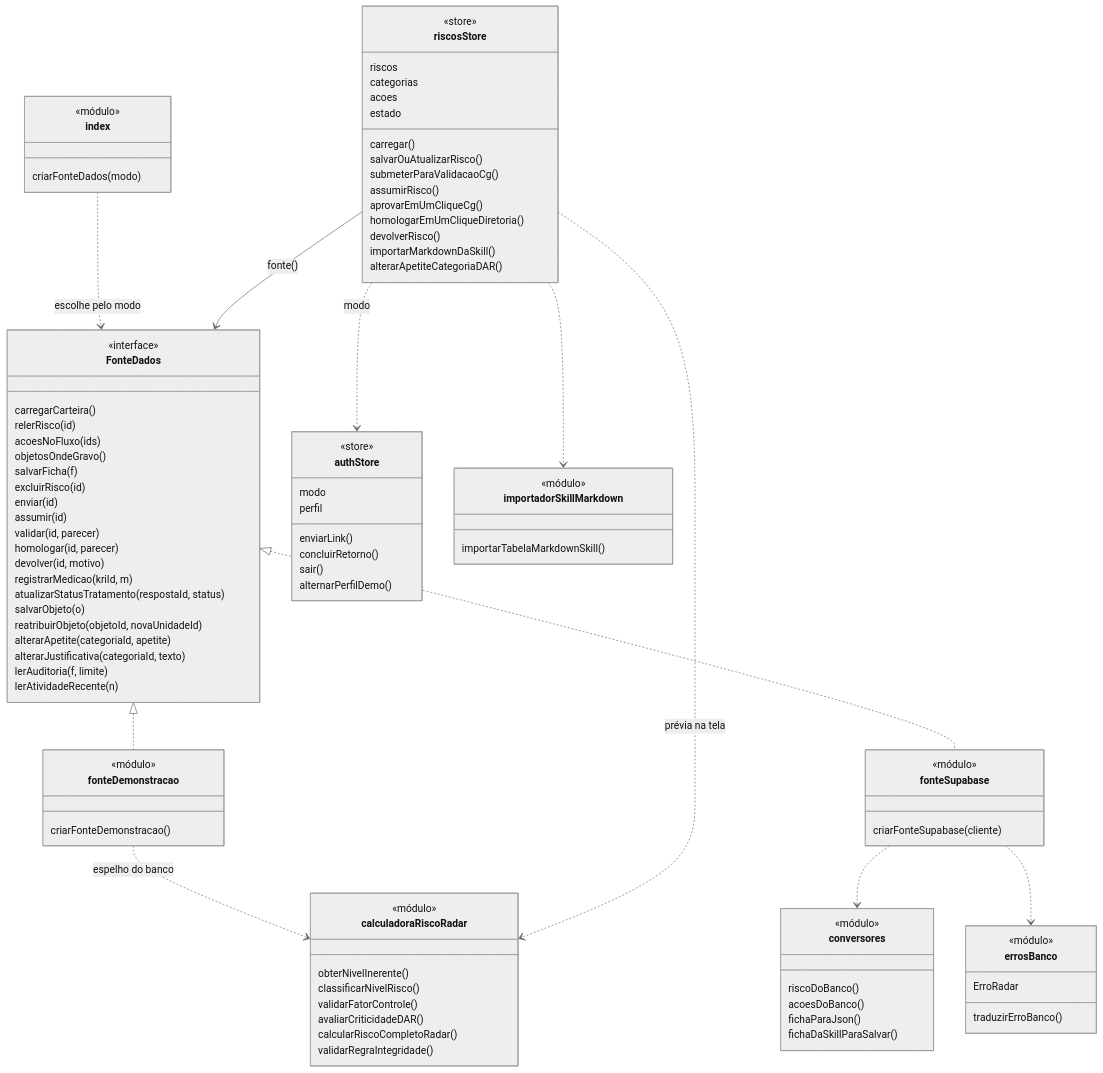
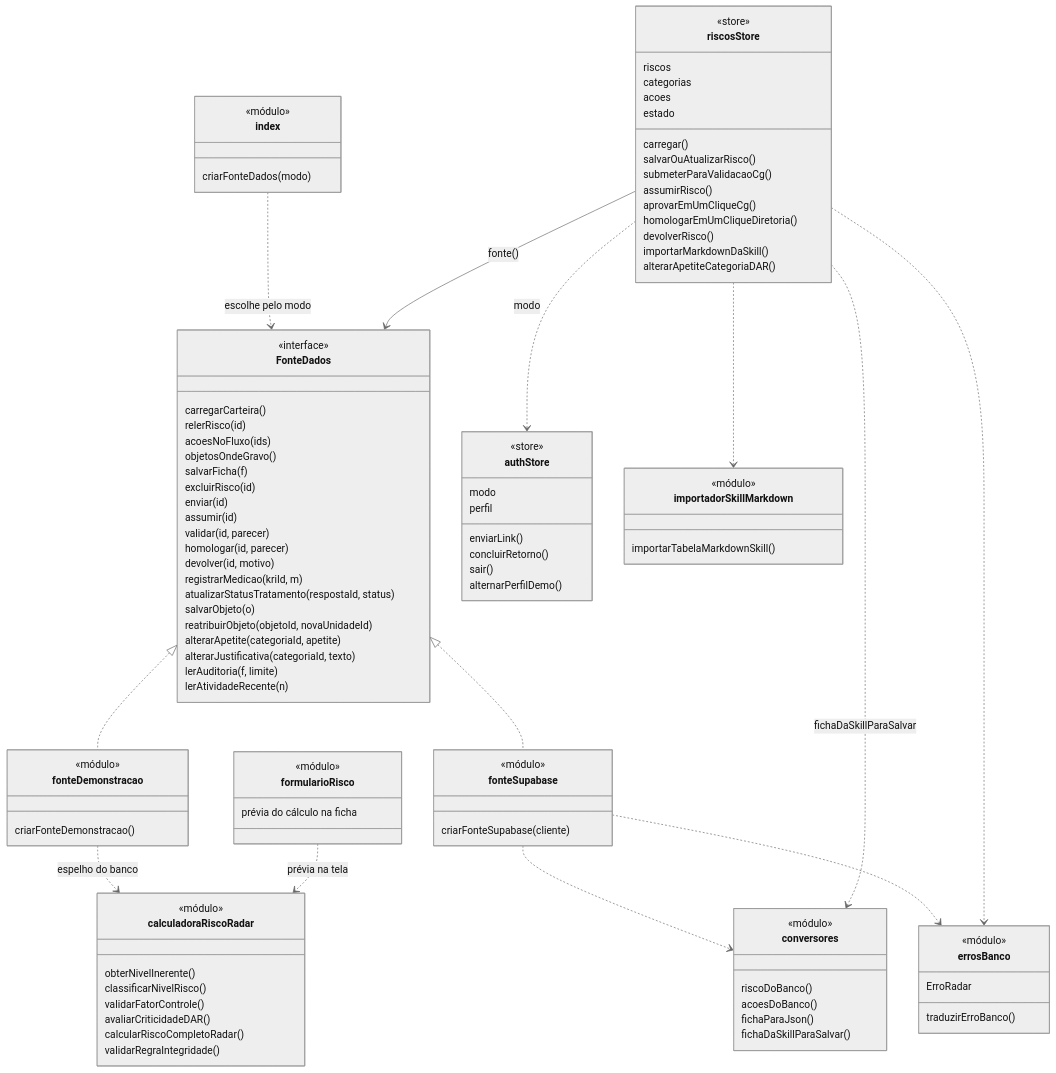
One commit to lpchagas/cgov-riscos changed the second of 2 diagrams in docs/50-nivel5-software/uml-03-classes.md. Above: the diagram before and after it, drawn with Mermaid (neutral theme). The commit also changed other lines of this file and 12 other files, not shown here.

Commit message:
docs(fase4): triagem da revisão final dos ADRs 0004-0016 e dos diagramas UML

````diff
--- a/docs/50-nivel5-software/uml-03-classes.md
+++ b/docs/50-nivel5-software/uml-03-classes.md
@@ -185,6 +185,10 @@
     calcularRiscoCompletoRadar()
     validarRegraIntegridade()
   }
+  class formularioRisco {
+    <<módulo>>
+    prévia do cálculo na ficha
+  }
   class importadorSkillMarkdown {
     <<módulo>>
     importarTabelaMarkdownSkill()
@@ -198,5 +202,7 @@
   riscosStore ..> authStore : modo
   riscosStore ..> importadorSkillMarkdown
   fonteDemonstracao ..> calculadoraRiscoRadar : espelho do banco
-  riscosStore ..> calculadoraRiscoRadar : prévia na tela
+  formularioRisco ..> calculadoraRiscoRadar : prévia na tela
+  riscosStore ..> conversores : fichaDaSkillParaSalvar
+  riscosStore ..> errosBanco
 ```
````
